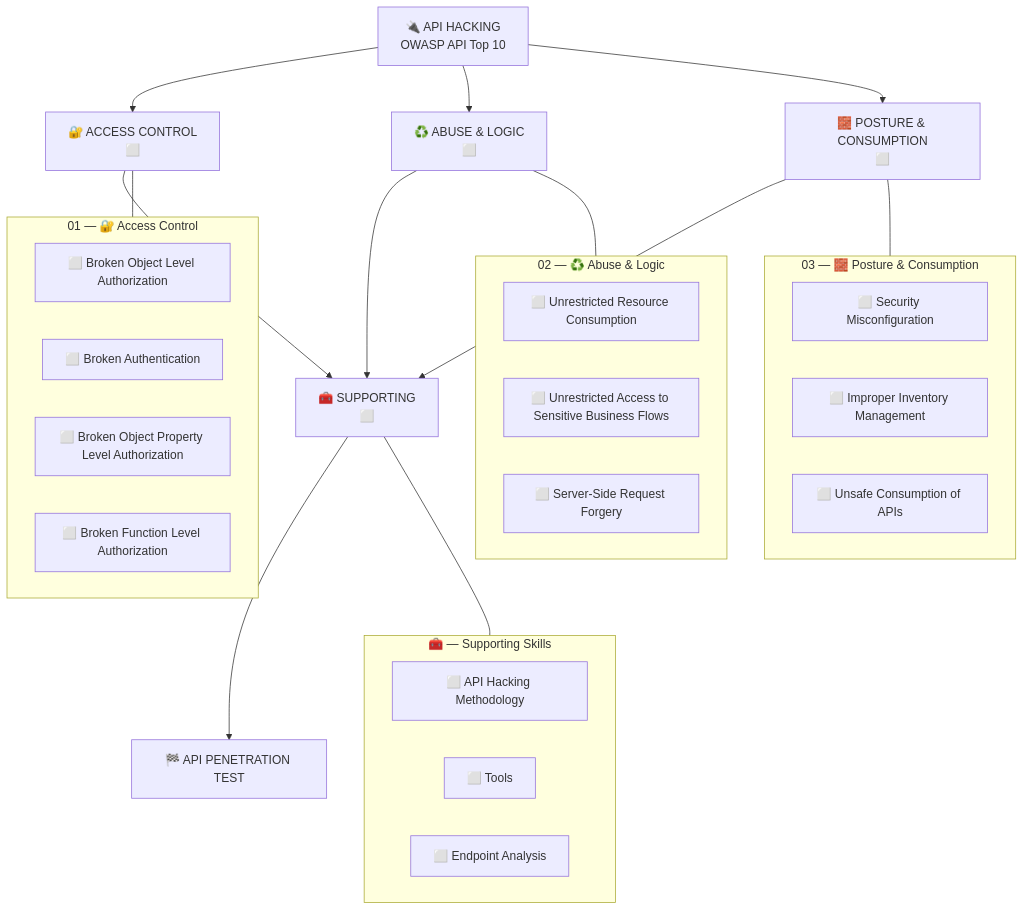
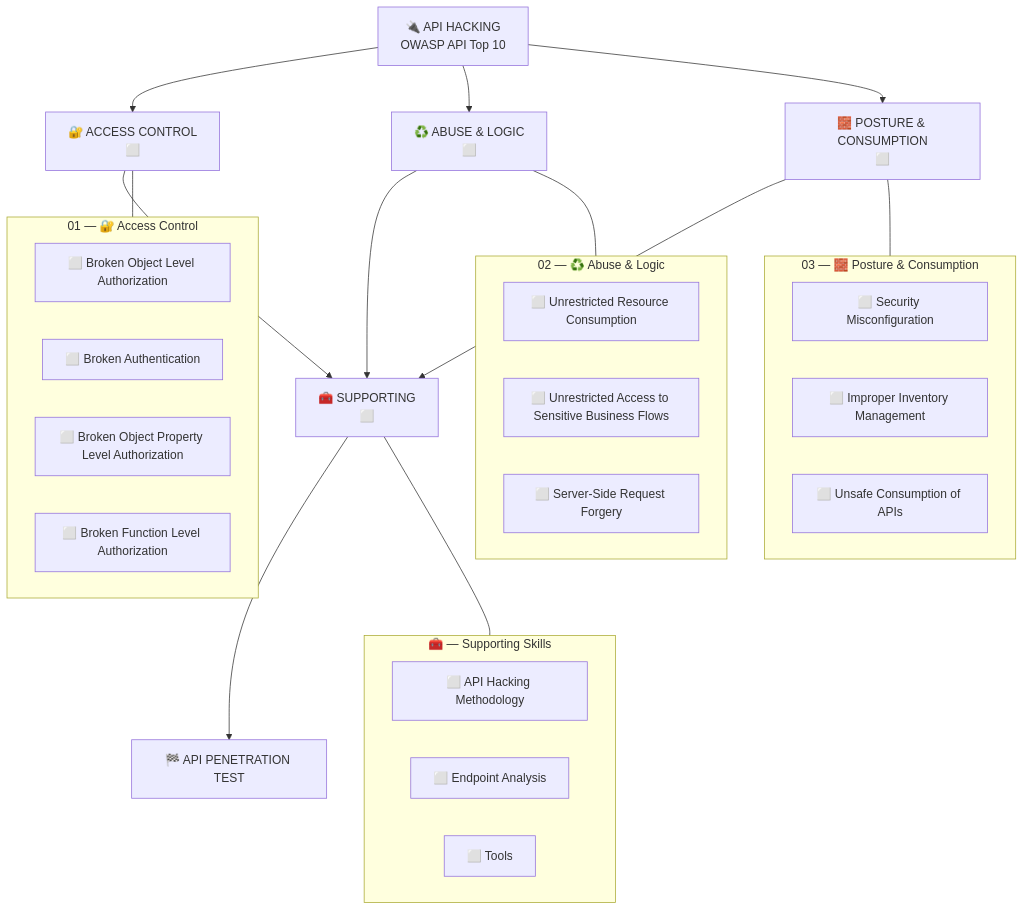
Before and after one commit to romeo-mhakayakora/API-Hacking: the diagram in README.md, drawn with Mermaid. The commit also changed other lines of this file and 4 other files, not shown here.

Commit message:
Number supporting files; Endpoint Analysis second (02)

````diff
--- a/README.md
+++ b/README.md
@@ -15,53 +15,53 @@
 ```mermaid
 flowchart TB
     API["🔌 API HACKING<br/>OWASP API Top 10"]
     D1["🔐 ACCESS CONTROL<br/>⬜"]
     D2["♻️ ABUSE & LOGIC<br/>⬜"]
     D3["🧱 POSTURE & CONSUMPTION<br/>⬜"]
     SUP["🧰 SUPPORTING<br/>⬜"]
     PENT["🏁 API PENETRATION TEST"]
 
     API --> D1 & D2 & D3
     D1 & D2 & D3 --> SUP --> PENT
 
     subgraph 01_ACCESS_CONTROL ["01 — 🔐 Access Control"]
         BOLA["⬜ Broken Object Level Authorization"]
         AUTH["⬜ Broken Authentication"]
         BOPLA["⬜ Broken Object Property Level Authorization"]
         BFLA["⬜ Broken Function Level Authorization"]
     end
     subgraph 02_ABUSE_LOGIC ["02 — ♻️ Abuse & Logic"]
         RES["⬜ Unrestricted Resource Consumption"]
         FLOW["⬜ Unrestricted Access to Sensitive Business Flows"]
         SSRF["⬜ Server-Side Request Forgery"]
     end
     subgraph 03_POSTURE_CONSUMPTION ["03 — 🧱 Posture & Consumption"]
         MIS["⬜ Security Misconfiguration"]
         INV["⬜ Improper Inventory Management"]
         CON["⬜ Unsafe Consumption of APIs"]
     end
     subgraph SUPPORTING ["🧰 — Supporting Skills"]
         MET["⬜ API Hacking Methodology"]
+        EPA["⬜ Endpoint Analysis"]
         TLS["⬜ Tools"]
-        EPA["⬜ Endpoint Analysis"]
     end
 
     D1 --- 01_ACCESS_CONTROL
     D2 --- 02_ABUSE_LOGIC
     D3 --- 03_POSTURE_CONSUMPTION
     SUP --- SUPPORTING
 
     click BOLA href "./01-access-control/bola.md"
     click AUTH href "./01-access-control/broken-authentication.md"
     click BOPLA href "./01-access-control/bopla.md"
     click BFLA href "./01-access-control/bfla.md"
     click RES href "./02-abuse-logic/unrestricted-resource-consumption.md"
     click FLOW href "./02-abuse-logic/unrestricted-business-flow.md"
     click SSRF href "./02-abuse-logic/ssrf.md"
     click MIS href "./03-posture-consumption/security-misconfiguration.md"
     click INV href "./03-posture-consumption/improper-inventory-management.md"
     click CON href "./03-posture-consumption/unsafe-api-consumption.md"
-    click MET href "./supporting/api-methodology.md"
-    click TLS href "./supporting/tools.md"
-    click EPA href "./supporting/api-endpoint-analysis.md"
+    click MET href "./supporting/01-api-methodology.md"
+    click EPA href "./supporting/02-api-endpoint-analysis.md"
+    click TLS href "./supporting/03-tools.md"
 ```
````
